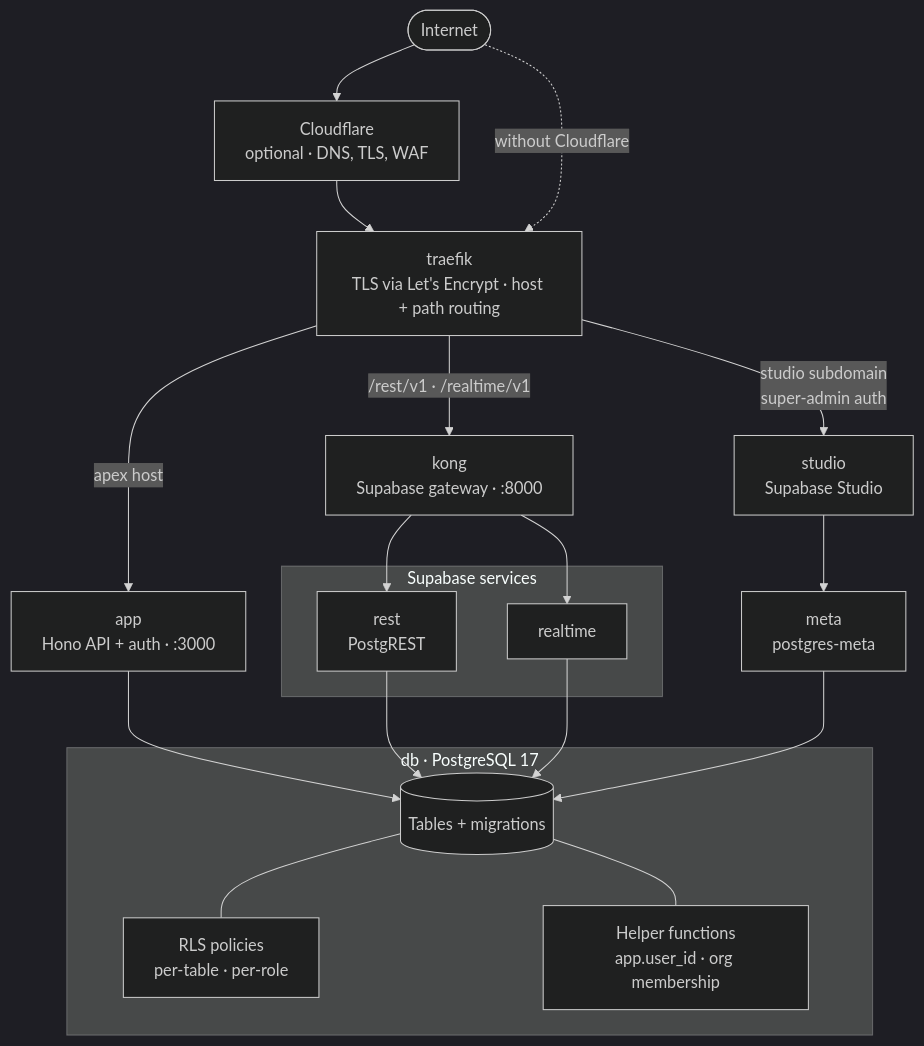
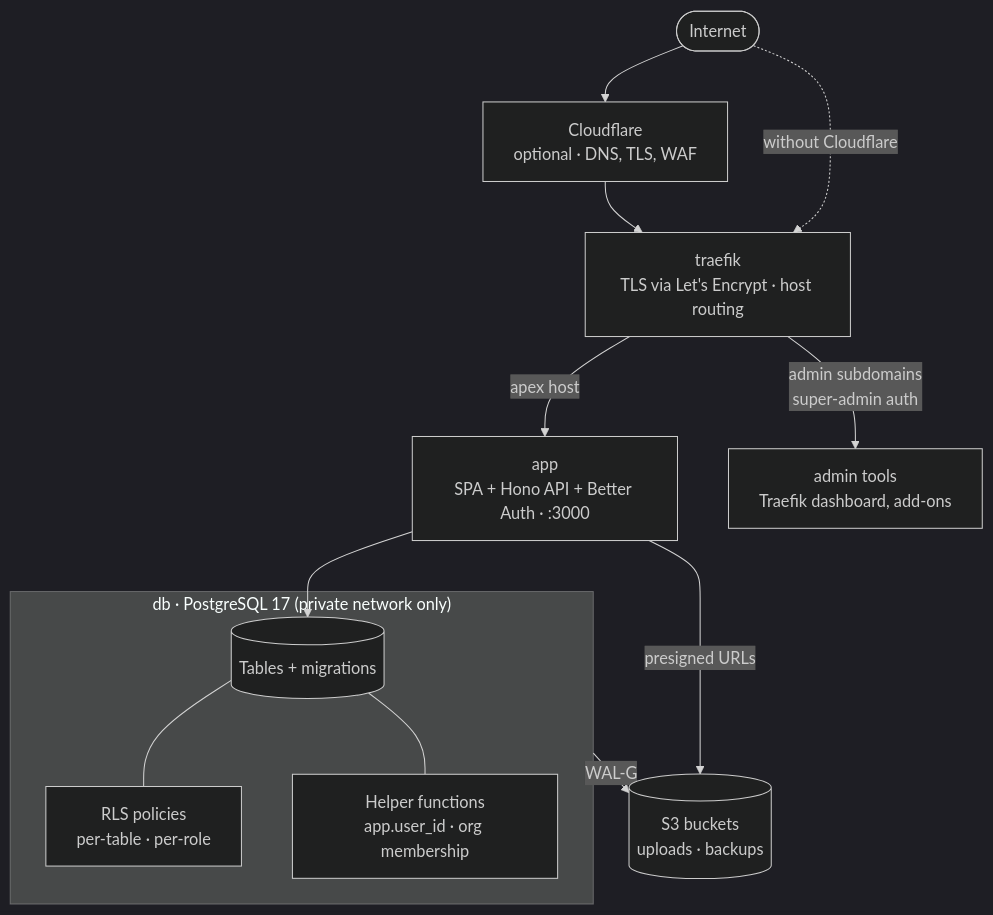
The diagram in carbon/README.md (hyperformant/vibecarbon), drawn with Mermaid (dark theme) before and after one commit. The commit also changed other lines of this file and 16 other files, not shown here.

````diff
--- a/carbon/README.md
+++ b/carbon/README.md
@@ -42,36 +41,25 @@
 ```mermaid
 flowchart TD
     NET(["Internet"])
     CF["Cloudflare<br/>optional · DNS, TLS, WAF"]
-    TR["traefik<br/>TLS via Let's Encrypt · host + path routing"]
+    TR["traefik<br/>TLS via Let's Encrypt · host routing"]
 
     NET --> CF
     CF --> TR
     NET -.->|"without Cloudflare"| TR
 
-    TR -->|"apex host"| APP["app<br/>Hono API + auth · :3000"]
-    TR -->|"/rest/v1 · /realtime/v1"| KONG["kong<br/>Supabase gateway · :8000"]
-    TR -->|"studio subdomain<br/>super-admin auth"| STUDIO["studio<br/>Supabase Studio"]
+    TR -->|"apex host"| APP["app<br/>SPA + Hono API + Better Auth · :3000"]
+    TR -->|"admin subdomains<br/>super-admin auth"| ADMIN["admin tools<br/>Traefik dashboard, add-ons"]
+    APP -->|"presigned URLs"| S3[("S3 buckets<br/>uploads · backups")]
 
-    subgraph SUPA["Supabase services"]
-        REST["rest<br/>PostgREST"]
-        RT["realtime"]
-    end
-
-    KONG --> REST
-    KONG --> RT
-    STUDIO --> META["meta<br/>postgres-meta"]
-
-    subgraph PG["db · PostgreSQL 17"]
+    subgraph PG["db · PostgreSQL 17 (private network only)"]
         DB[("Tables + migrations")]
         RLS["RLS policies<br/>per-table · per-role"]
         FN["Helper functions<br/>app.user_id · org membership"]
         DB --- RLS
         DB --- FN
     end
 
     APP --> DB
-    REST --> DB
-    RT --> DB
-    META --> DB
+    PG -->|"WAL-G"| S3
 ```
````
